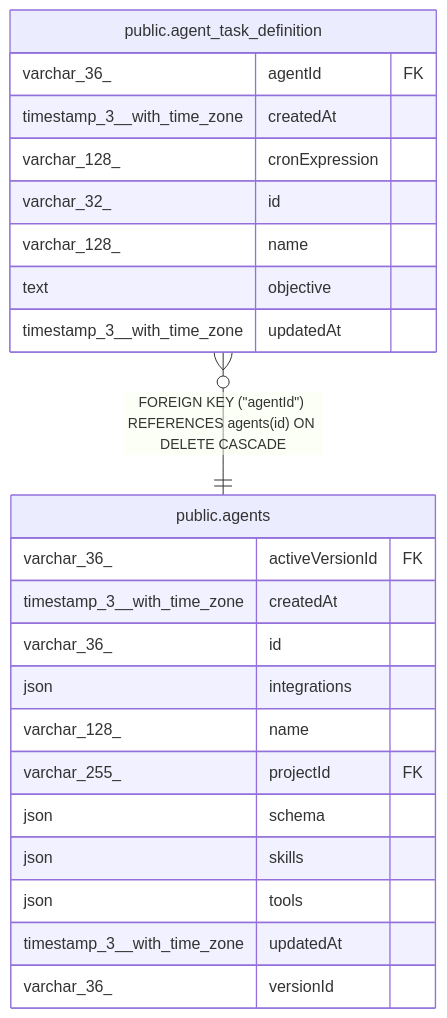
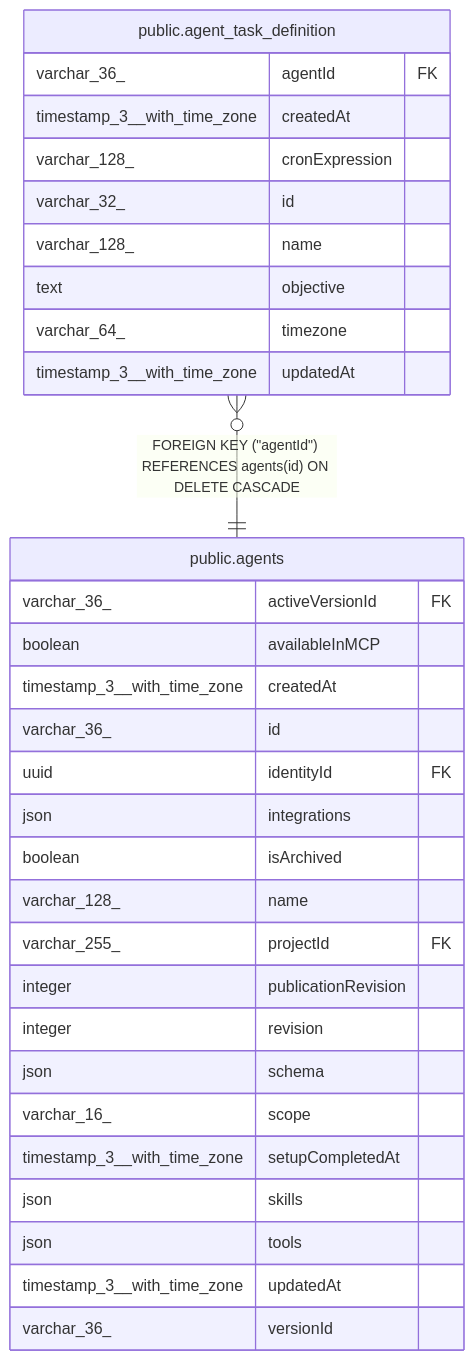
Before and after one commit to koreatest12/studys: the diagram in n8n_integration/n8n_source/docs/generated/postgres-schema/public.agent_task_definition.md, drawn with Mermaid. The commit also changed other lines of this file and 23019 other files, not shown here.

````diff
--- a/n8n_integration/n8n_source/docs/generated/postgres-schema/public.agent_task_definition.md
+++ b/n8n_integration/n8n_source/docs/generated/postgres-schema/public.agent_task_definition.md
@@ -38,28 +39,36 @@
 ```mermaid
 erDiagram
 
 "public.agent_task_definition" }o--|| "public.agents" : "FOREIGN KEY (#quot;agentId#quot;) REFERENCES agents(id) ON DELETE CASCADE"
 
 "public.agent_task_definition" {
   varchar_36_ agentId FK
   timestamp_3__with_time_zone createdAt
   varchar_128_ cronExpression
   varchar_32_ id
   varchar_128_ name
   text objective
+  varchar_64_ timezone
   timestamp_3__with_time_zone updatedAt
 }
 "public.agents" {
   varchar_36_ activeVersionId FK
+  boolean availableInMCP
   timestamp_3__with_time_zone createdAt
   varchar_36_ id
+  uuid identityId FK
   json integrations
+  boolean isArchived
   varchar_128_ name
   varchar_255_ projectId FK
+  integer publicationRevision
+  integer revision
   json schema
+  varchar_16_ scope
+  timestamp_3__with_time_zone setupCompletedAt
   json skills
   json tools
   timestamp_3__with_time_zone updatedAt
   varchar_36_ versionId
 }
 ```
````
